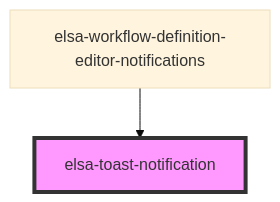
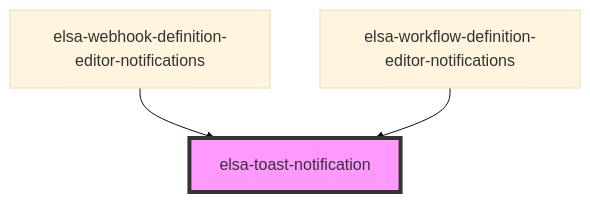
The diagram in src/designer/elsa-workflows-studio/src/components/shared/elsa-toast-notification/readme.md (elsa-workflows/elsa-core), drawn with Mermaid (base theme) before and after one commit. The commit also changed other lines of this file and 89 other files, not shown here.

````diff
--- a/src/designer/elsa-workflows-studio/src/components/shared/elsa-toast-notification/readme.md
+++ b/src/designer/elsa-workflows-studio/src/components/shared/elsa-toast-notification/readme.md
@@ -38,5 +39,6 @@
 ```mermaid
 graph TD;
+  elsa-webhook-definition-editor-notifications --> elsa-toast-notification
   elsa-workflow-definition-editor-notifications --> elsa-toast-notification
   style elsa-toast-notification fill:#f9f,stroke:#333,stroke-width:4px
 ```
````
